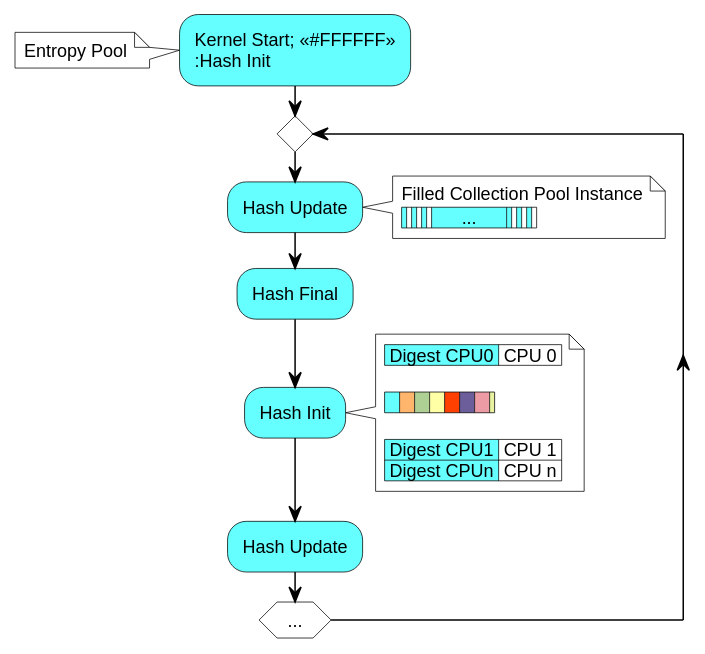
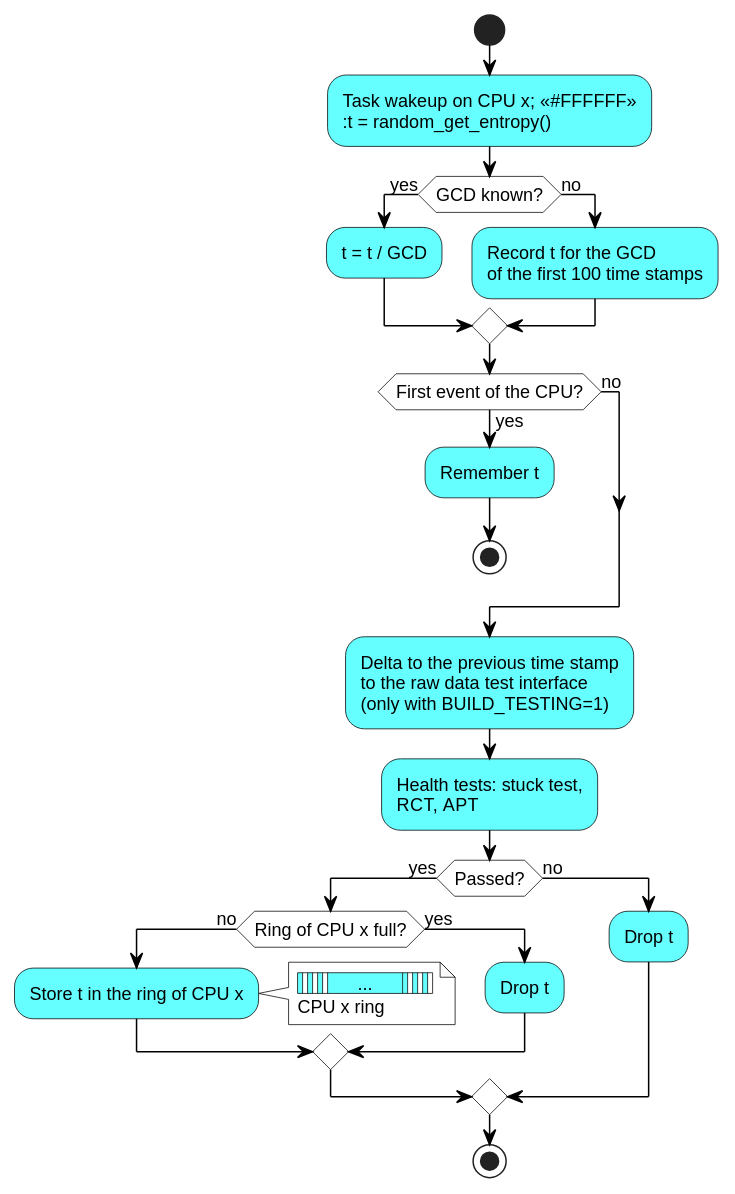
Before and after one commit to thillux/esdm: the diagram in doc/typst/figures/sched-pool-management.puml, drawn with PlantUML. The commit also changed 17 other files, not shown here.

```diff
--- a/doc/typst/figures/sched-pool-management.puml
+++ b/doc/typst/figures/sched-pool-management.puml
@@ -1,37 +1,49 @@
 @startuml
-' Figure 2.7: Scheduler per-CPU Entropy Pool Management
-' Life cycle of the per-CPU entropy pool (a hash state) of the scheduler ES.
+' Figure: Scheduler Event Recording
+' esdm_time_process() / esdm_time_process_common() of
+' kernel/esdm_es/esdm_es_timer_common.c - the same for interrupts
 skinparam defaultFontName "Liberation Sans"
 skinparam defaultFontSize 12
 skinparam shadowing false
 skinparam ArrowColor #000000
 skinparam ActivityBorderColor #000000
 skinparam ActivityBackgroundColor #66FFFF
 skinparam ActivityDiamondBackgroundColor #FFFFFF
 skinparam ActivityDiamondBorderColor #000000
 skinparam NoteBackgroundColor #FFFFFF
 skinparam NoteBorderColor #000000
 
-:Kernel Start; <<#FFFFFF>>
-:Hash Init;
-note left: Entropy Pool
-repeat
-  :Hash Update;
-  note right
-    Filled Collection Pool Instance
-    |<#66FFFF>| |<#66FFFF>| |<#66FFFF>| |<#66FFFF>      ...      |<#66FFFF>| |<#66FFFF>| |<#66FFFF>| |
-  end note
-  :Hash Final;
-  :Hash Init;
-  note right
-    |<#66FFFF> Digest CPU0 | CPU 0 |
-     
-    |<#66FFFF>   |<#FFB66C>   |<#AFD095>   |<#FFFFA6>   |<#FF4000>   |<#6B5E9B>   |<#EC9BA4>   |<#E8F2A1> |
-     
-    |<#66FFFF> Digest CPU1 | CPU 1 |
-    |<#66FFFF> Digest CPUn | CPU n |
-  end note
-  :Hash Update;
-repeat while (...)
-detach
+start
+:Task wakeup on CPU x; <<#FFFFFF>>
+:t = random_get_entropy();
+if (GCD known?) then (yes)
+  :t = t / GCD;
+else (no)
+  :Record t for the GCD
+  of the first 100 time stamps;
+endif
+if (First event of the CPU?) then (yes)
+  :Remember t;
+  stop
+else (no)
+endif
+:Delta to the previous time stamp
+to the raw data test interface
+(only with BUILD_TESTING=1);
+:Health tests: stuck test,
+RCT, APT;
+if (Passed?) then (yes)
+  if (Ring of CPU x full?) then (no)
+    :Store t in the ring of CPU x;
+    note right
+      |<#66FFFF>| |<#66FFFF>| |<#66FFFF>| |<#66FFFF>      ...      |<#66FFFF>| |<#66FFFF>| |<#66FFFF>| |
+      CPU x ring
+    end note
+  else (yes)
+    :Drop t;
+  endif
+else (no)
+  :Drop t;
+endif
+stop
 @enduml
```
